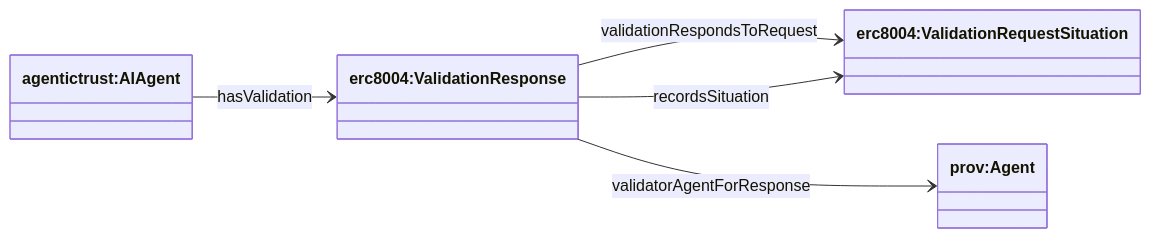
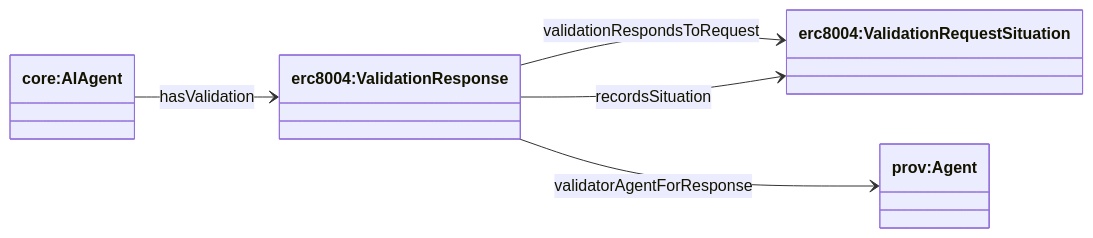
One commit to Agentic-Trust-Layer/agent-explorer changed the sixth of 9 diagrams in docs/ontology/situation.md. Above: the diagram before and after it, drawn with Mermaid. The commit also changed other lines of this file and 49 other files, not shown here.

````diff
--- a/docs/ontology/situation.md
+++ b/docs/ontology/situation.md
@@ -209,14 +209,14 @@
 ```mermaid
 classDiagram
 direction LR
 
-class AIAgent["agentictrust:AIAgent"]
+class AIAgent["core:AIAgent"]
 class ValidationRequest["erc8004:ValidationRequestSituation"]
 class ValidationResponse["erc8004:ValidationResponse"]
 class provAgent["prov:Agent"]
 
 AIAgent --> ValidationResponse : hasValidation
 ValidationResponse --> ValidationRequest : validationRespondsToRequest
 ValidationResponse --> ValidationRequest : recordsSituation
 ValidationResponse --> provAgent : validatorAgentForResponse
 ```
````
